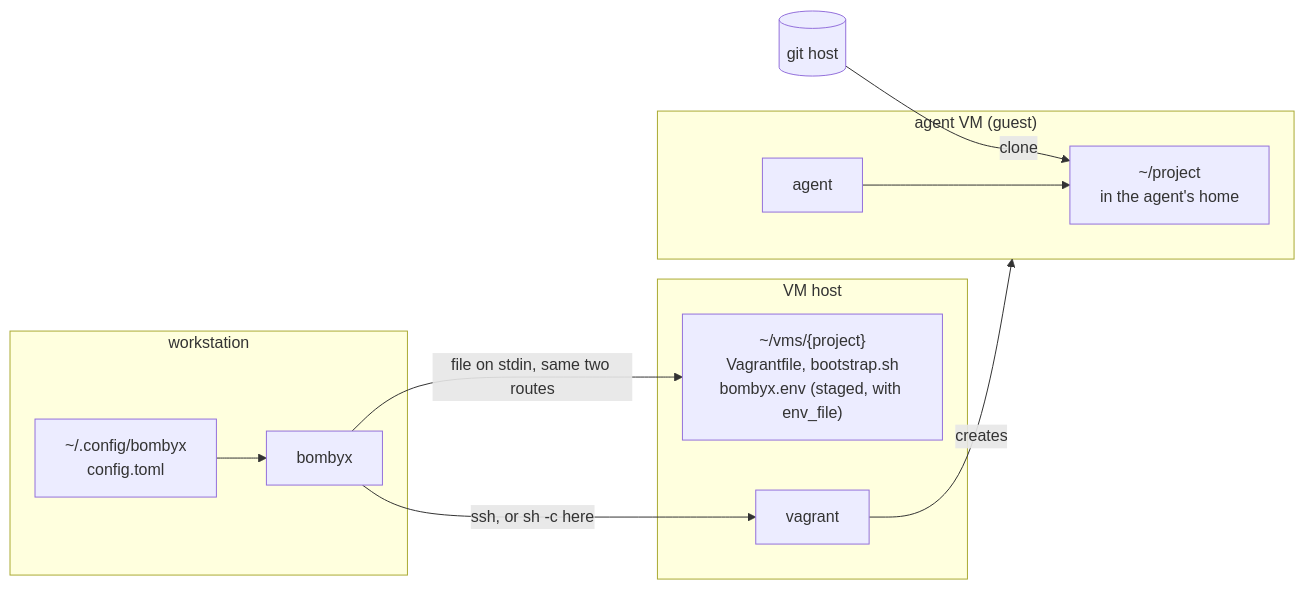
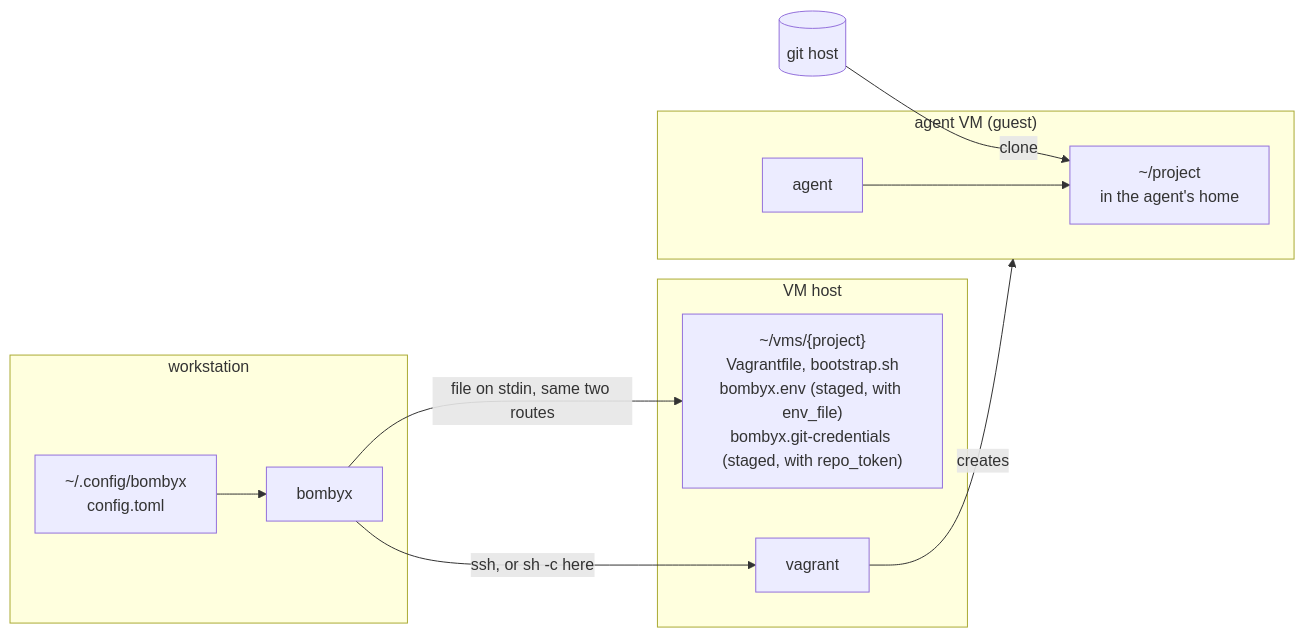
Before and after one commit to breki/bombyx: the first of 6 diagrams in docs/architecture.md, drawn with Mermaid. The commit also changed other lines of this file and 25 other files, not shown here.

````diff
--- a/docs/architecture.md
+++ b/docs/architecture.md
@@ -10,26 +10,26 @@
 ```mermaid
 flowchart LR
   subgraph ws["workstation"]
     reg["~/.config/bombyx<br/>config.toml"]
     cli["bombyx"]
   end
 
   subgraph host["VM host"]
-    dir["~/vms/{project}<br/>Vagrantfile, bootstrap.sh<br/>bombyx.env (staged, with env_file)"]
+    dir["~/vms/{project}<br/>Vagrantfile, bootstrap.sh<br/>bombyx.env (staged, with env_file)<br/>bombyx.git-credentials (staged, with repo_token)"]
     vg["vagrant"]
   end
 
   subgraph guest["agent VM (guest)"]
     clone["~/project<br/>in the agent's home"]
     agent["agent"]
   end
 
   git[("git host")]
 
   reg --> cli
   cli -- "ssh, or sh -c here" --> vg
   cli -- "file on stdin, same two routes" --> dir
   vg -- creates --> guest
   git -- clone --> clone
   agent --> clone
 ```
````
